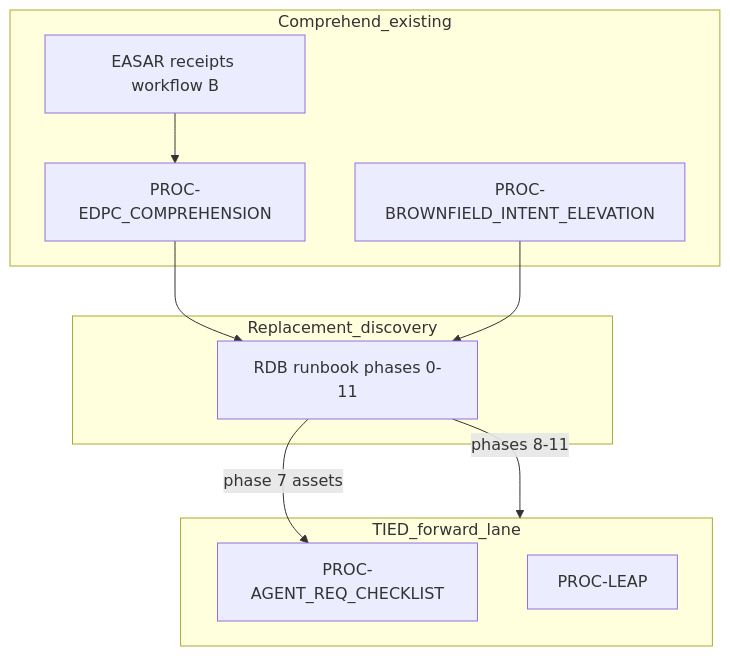
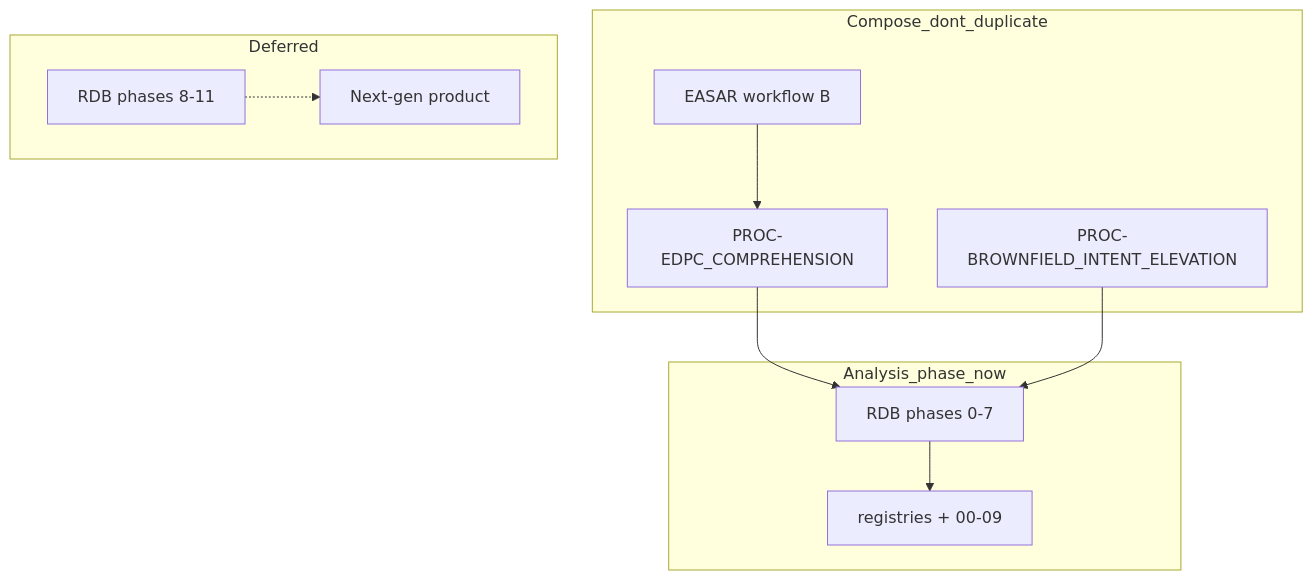
The second of 2 diagrams in tied-project/non-tied-plans/replacement-discovery-baseline/PLAN.md (fareedst/tied), drawn with Mermaid before and after one commit. The commit also changed other lines of this file and 27 other files, not shown here.

````diff
--- a/tied-project/non-tied-plans/replacement-discovery-baseline/PLAN.md
+++ b/tied-project/non-tied-plans/replacement-discovery-baseline/PLAN.md
@@ -45,20 +120,21 @@
 ```mermaid
 flowchart TB
-  subgraph comprehend [Comprehend_existing]
+  subgraph analysis [Analysis_phase_now]
+    RDB07["RDB phases 0-7"]
+    Registries["registries + 00-09"]
+  end
+  subgraph compose [Compose_dont_duplicate]
     EDPC["PROC-EDPC_COMPREHENSION"]
     BFIE["PROC-BROWNFIELD_INTENT_ELEVATION"]
-    EASAR["EASAR receipts workflow B"]
+    EASAR["EASAR workflow B"]
   end
-  subgraph replace [Replacement_discovery]
-    RDB["RDB runbook phases 0-11"]
+  subgraph deferred_lane [Deferred]
+    RDB811["RDB phases 8-11"]
+    NextProduct["Next-gen product"]
   end
-  subgraph tied_build [TIED_forward_lane]
-    Checklist["PROC-AGENT_REQ_CHECKLIST"]
-    LEAP["PROC-LEAP"]
-  end
-  EDPC --> RDB
-  BFIE --> RDB
+  EDPC --> RDB07
   EASAR --> EDPC
-  RDB -->|"phases 8-11"| tied_build
-  RDB -->|"phase 7 assets"| Checklist
+  BFIE --> RDB07
+  RDB07 --> Registries
+  RDB811 -.-> NextProduct
 ```
````
